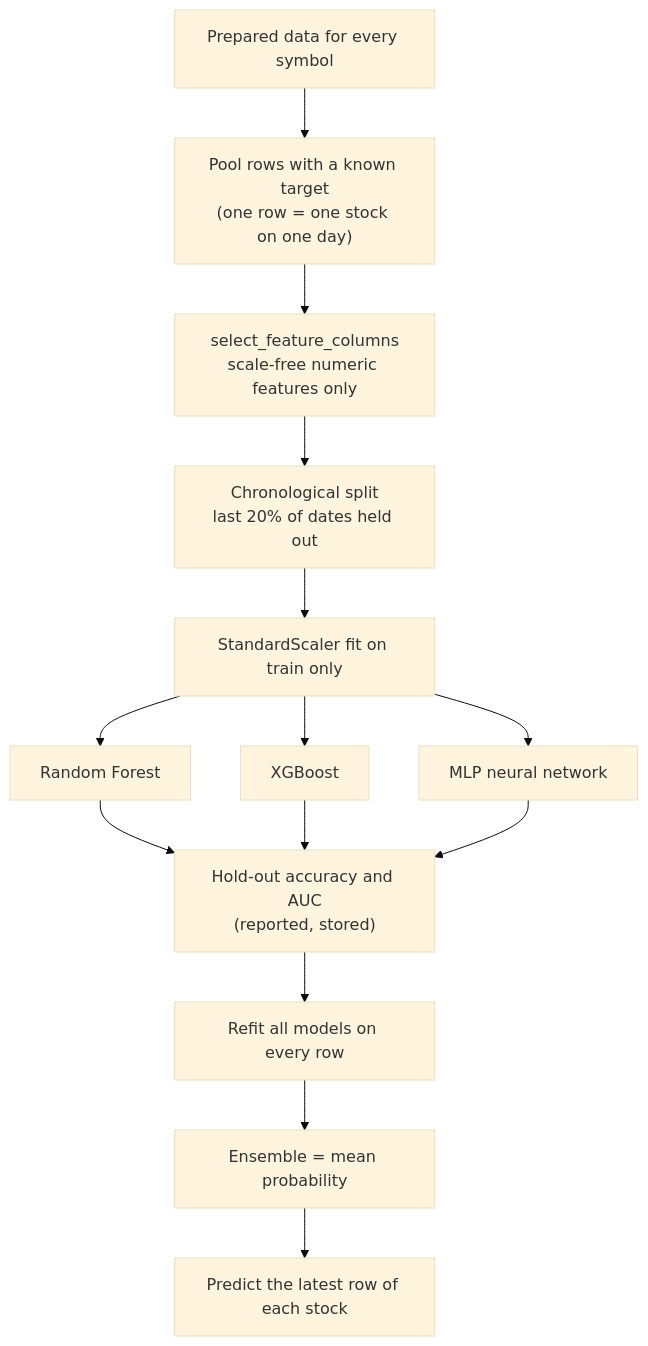
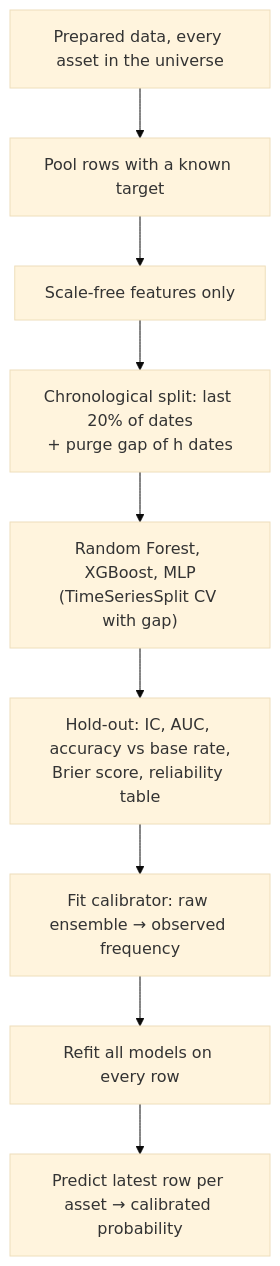
The third of 5 diagrams in docs/ARCHITECTURE.md (elyr/stock-market-predictor), drawn with Mermaid (base theme) before and after one commit. The commit also changed other lines of this file and 93 other files, not shown here.

````diff
--- a/docs/ARCHITECTURE.md
+++ b/docs/ARCHITECTURE.md
@@ -248,14 +254,11 @@
 ```mermaid
 flowchart TB
-    A["Prepared data for every symbol"] --> B["Pool rows with a known target<br/>(one row = one stock on one day)"]
-    B --> C["select_feature_columns<br/>scale-free numeric features only"]
-    C --> D["Chronological split<br/>last 20% of dates held out"]
-    D --> E["StandardScaler fit on train only"]
-    E --> F1["Random Forest"]
-    E --> F2["XGBoost"]
-    E --> F3["MLP neural network"]
-    F1 & F2 & F3 --> G["Hold-out accuracy and AUC<br/>(reported, stored)"]
+    A["Prepared data, every asset in the universe"] --> B["Pool rows with a known target"]
+    B --> C["Scale-free features only"]
+    C --> D["Chronological split: last 20% of dates<br/>+ purge gap of h dates"]
+    D --> E["Random Forest, XGBoost, MLP<br/>(TimeSeriesSplit CV with gap)"]
+    E --> F["Hold-out: IC, AUC, accuracy vs base rate,<br/>Brier score, reliability table"]
+    F --> G["Fit calibrator: raw ensemble → observed frequency"]
     G --> H["Refit all models on every row"]
-    H --> I["Ensemble = mean probability"]
-    I --> J["Predict the latest row of each stock"]
+    H --> I["Predict latest row per asset → calibrated probability"]
 ```
````
